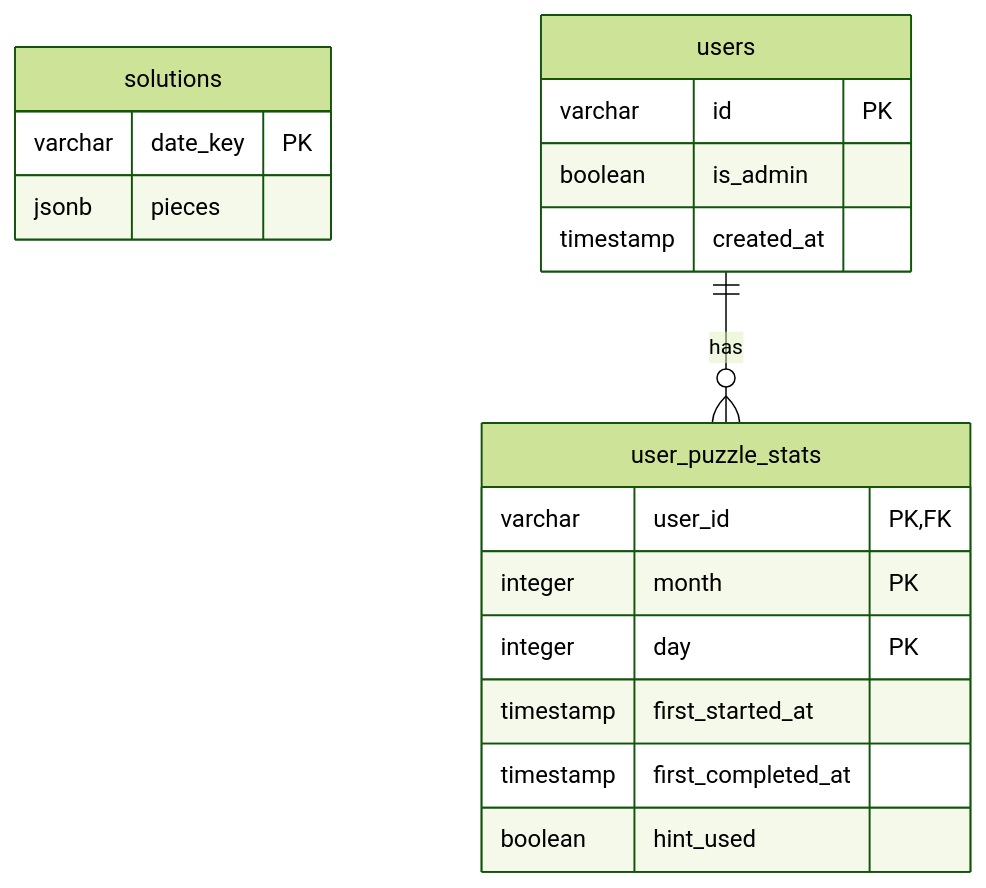
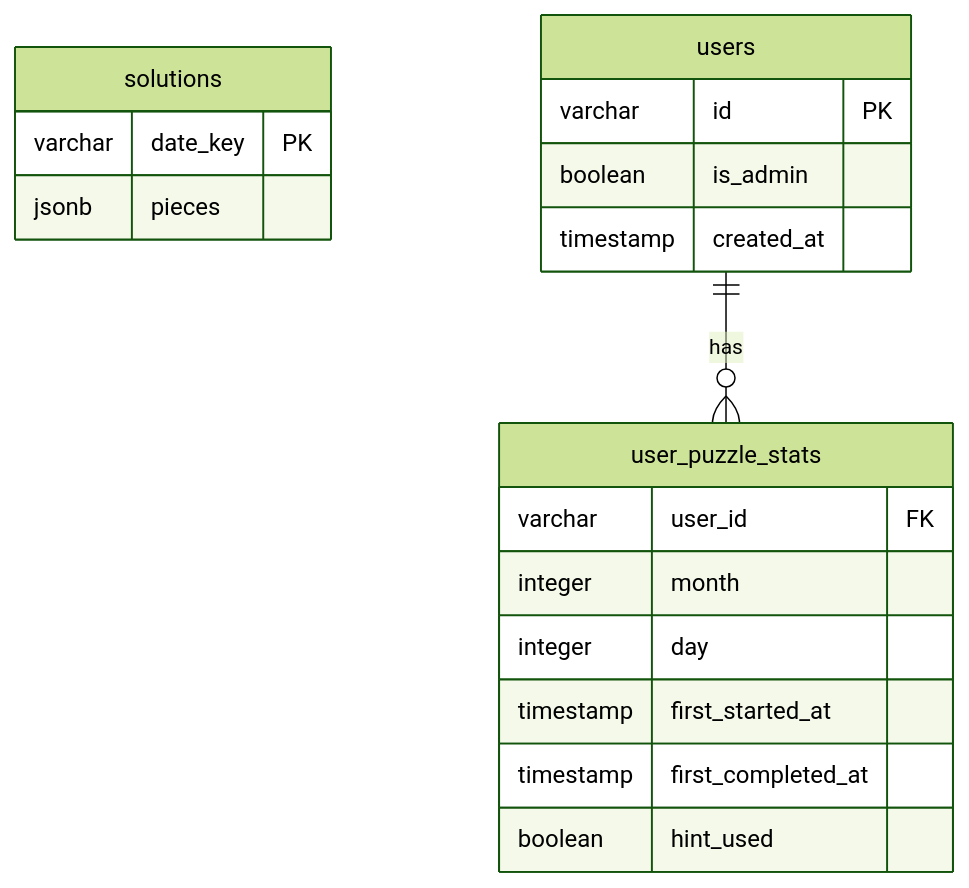
One commit to yoavain/calendar-puzzle changed the diagram in docs/DB_SCHEMA.md. Above: the diagram before and after it, drawn with Mermaid (forest theme). The commit also changed other lines of this file and 2 other files, not shown here.

Commit message:
Auto generate DB_SCHEMA.md

````diff
--- a/docs/DB_SCHEMA.md
+++ b/docs/DB_SCHEMA.md
@@ -5,24 +5,24 @@
 ```mermaid
 erDiagram
     solutions {
         varchar date_key PK
         jsonb pieces
     }
 
     users {
         varchar id PK
         boolean is_admin
         timestamp created_at
     }
 
     user_puzzle_stats {
-        varchar user_id PK, FK
-        integer month PK
-        integer day PK
+        varchar user_id FK
+        integer month
+        integer day
         timestamp first_started_at
         timestamp first_completed_at
         boolean hint_used
     }
 
     users ||--o{ user_puzzle_stats : "has"
 ```
````
